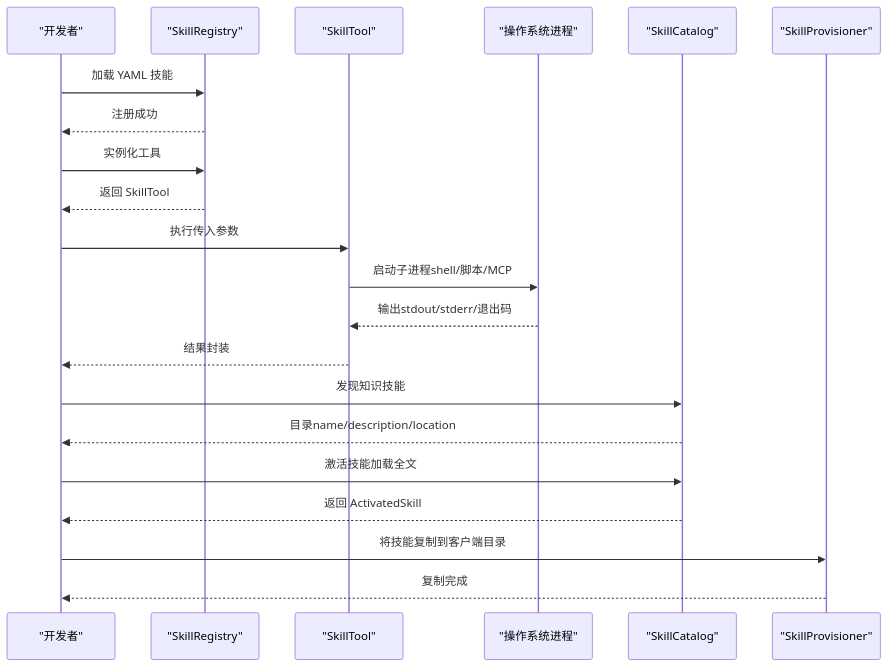
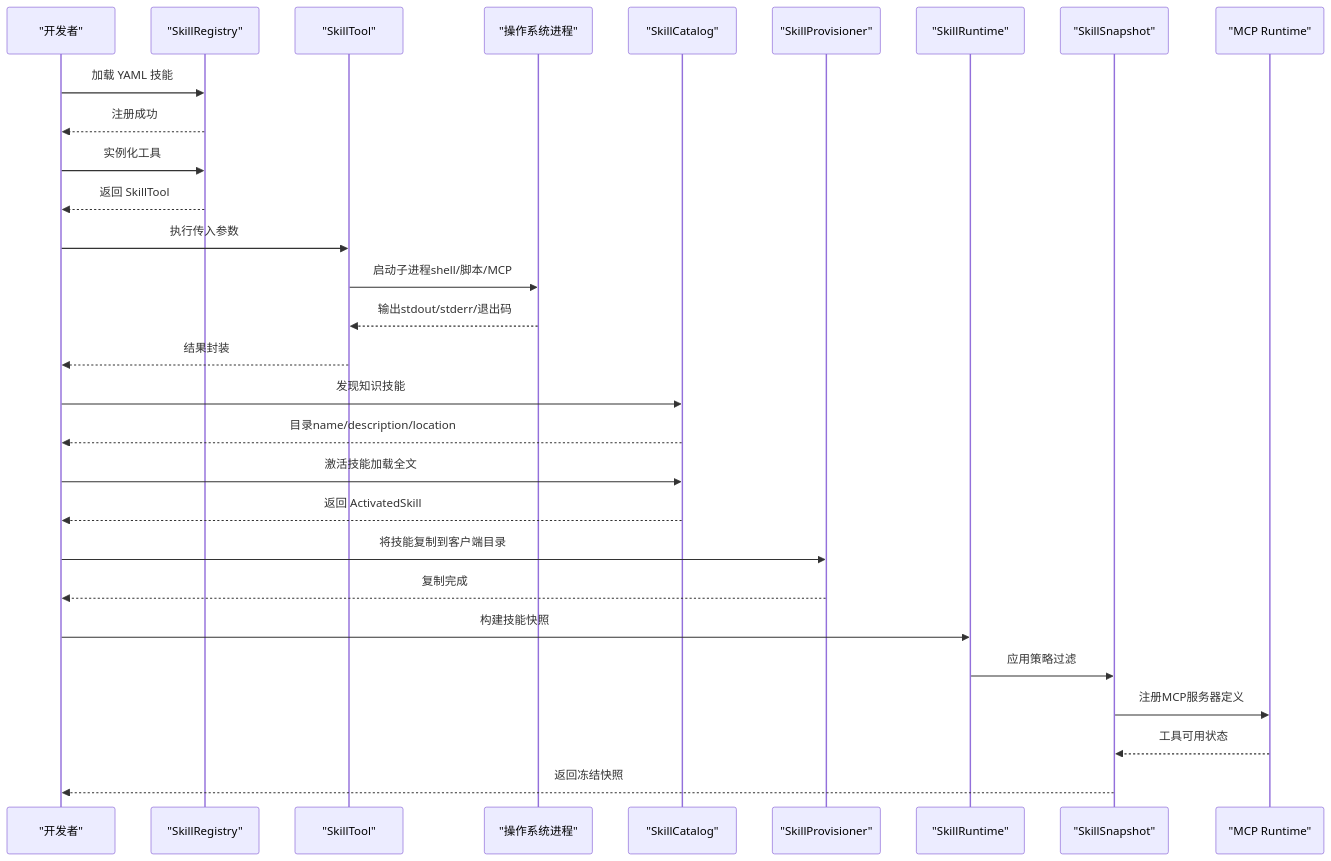
The second of 7 diagrams in .qoder/repowiki/zh/content/扩展开发/技能系统.md (ixiejun/macaca), drawn with Mermaid before and after one commit. The commit also changed other lines of this file and 49 other files, not shown here.

````diff
--- a/.qoder/repowiki/zh/content/扩展开发/技能系统.md
+++ b/.qoder/repowiki/zh/content/扩展开发/技能系统.md
@@ -96,23 +118,31 @@
 ```mermaid
 sequenceDiagram
 participant Dev as "开发者"
 participant Reg as "SkillRegistry"
 participant Tool as "SkillTool"
 participant OS as "操作系统进程"
 participant Cat as "SkillCatalog"
 participant Prov as "SkillProvisioner"
+participant RT as "SkillRuntime"
+participant Snap as "SkillSnapshot"
+participant MCP as "MCP Runtime"
 Dev->>Reg : 加载 YAML 技能
 Reg-->>Dev : 注册成功
 Dev->>Reg : 实例化工具
 Reg-->>Dev : 返回 SkillTool
 Dev->>Tool : 执行传入参数
 Tool->>OS : 启动子进程shell/脚本/MCP
 OS-->>Tool : 输出stdout/stderr/退出码
 Tool-->>Dev : 结果封装
 Dev->>Cat : 发现知识技能
 Cat-->>Dev : 目录name/description/location
 Dev->>Cat : 激活技能加载全文
 Cat-->>Dev : 返回 ActivatedSkill
 Dev->>Prov : 将技能复制到客户端目录
 Prov-->>Dev : 复制完成
+Dev->>RT : 构建技能快照
+RT->>Snap : 应用策略过滤
+Snap->>MCP : 注册MCP服务器定义
+MCP-->>Snap : 工具可用状态
+Snap-->>Dev : 返回冻结快照
 ```
````
